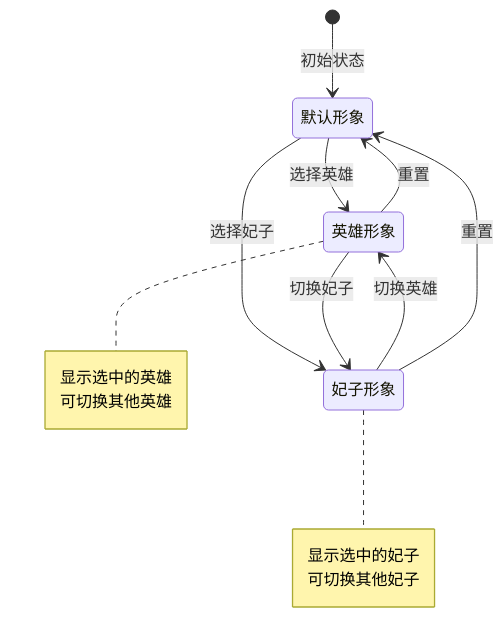
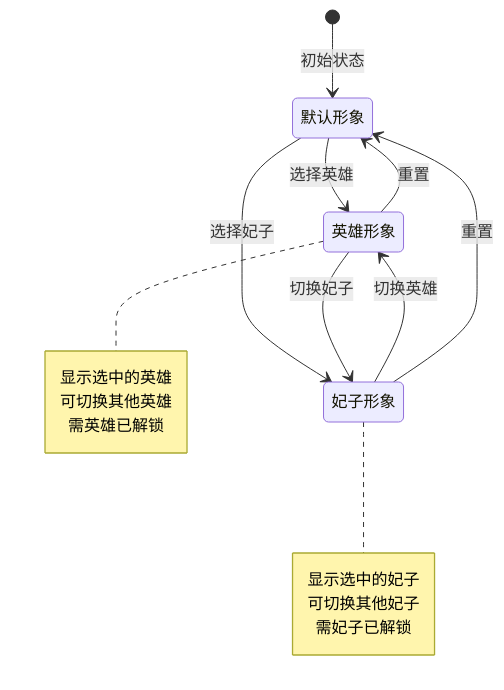
One commit to Alan-Ben/k2c_game_framework changed the fourth of 6 diagrams in docs/Module_WeekCard/06_实现细节.md. Above: the diagram before and after it, drawn with Mermaid. The commit also changed other lines of this file and 5 other files, not shown here.

````diff
--- a/docs/Module_WeekCard/06_实现细节.md
+++ b/docs/Module_WeekCard/06_实现细节.md
@@ -145,20 +170,22 @@
 ```mermaid
 stateDiagram-v2
     [*] --> 默认形象: 初始状态
     默认形象 --> 英雄形象: 选择英雄
     默认形象 --> 妃子形象: 选择妃子
     英雄形象 --> 妃子形象: 切换妃子
     英雄形象 --> 默认形象: 重置
     妃子形象 --> 英雄形象: 切换英雄
     妃子形象 --> 默认形象: 重置
 
     note right of 英雄形象
         显示选中的英雄
         可切换其他英雄
+        需英雄已解锁
     end note
 
     note right of 妃子形象
         显示选中的妃子
         可切换其他妃子
+        需妃子已解锁
     end note
 ```
````
